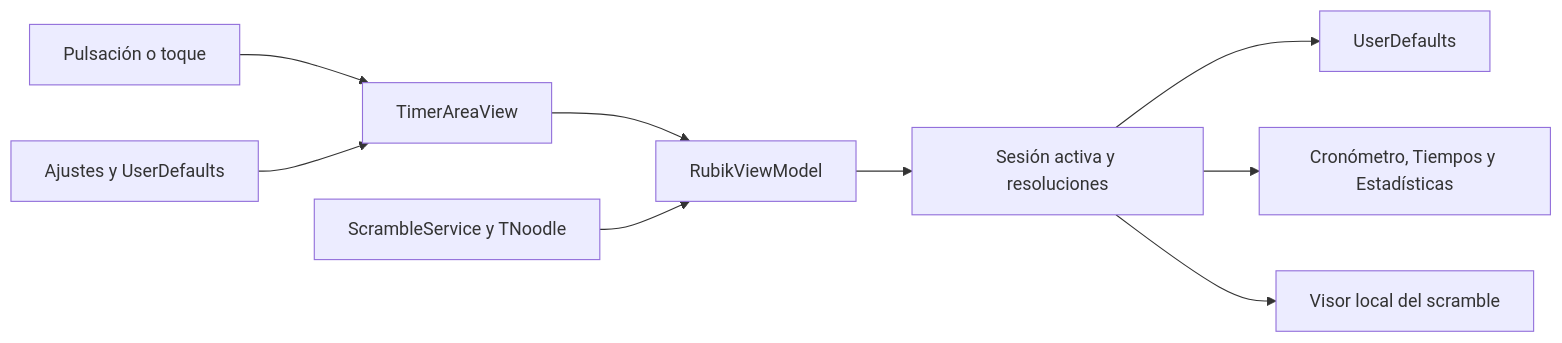
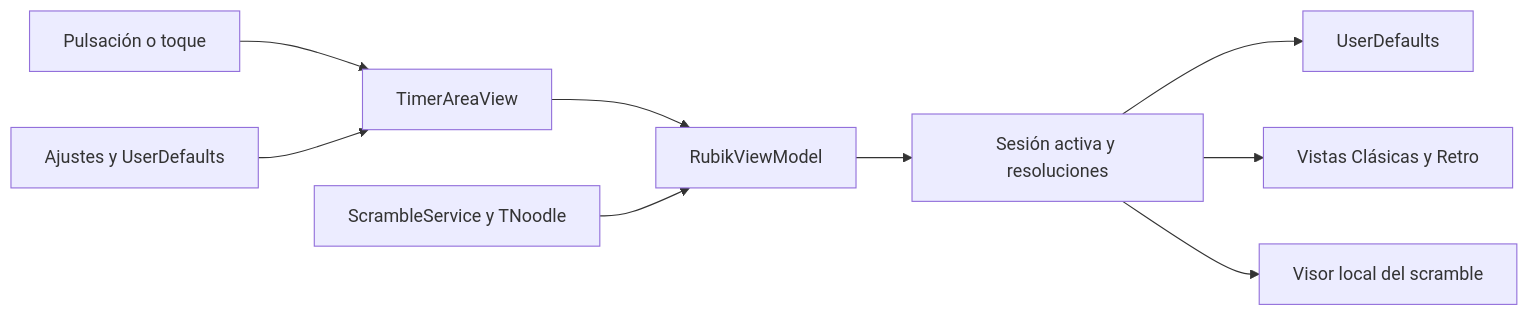
One commit to rlaur205/rubik-timer-swift changed the diagram in informe.md. Above: the diagram before and after it, drawn with Mermaid. The commit also changed other lines of this file and 22 other files, not shown here.

````diff
--- a/informe.md
+++ b/informe.md
@@ -142,11 +165,11 @@
 ```mermaid
 flowchart LR
     A["Pulsación o toque"] --> B["TimerAreaView"]
     B --> C["RubikViewModel"]
     G["ScrambleService y TNoodle"] --> C
     C --> D["Sesión activa y resoluciones"]
     D --> E["UserDefaults"]
-    D --> F["Cronómetro, Tiempos y Estadísticas"]
+    D --> F["Vistas Clásicas y Retro"]
     H["Ajustes y UserDefaults"] --> B
     D --> I["Visor local del scramble"]
 ```
````
